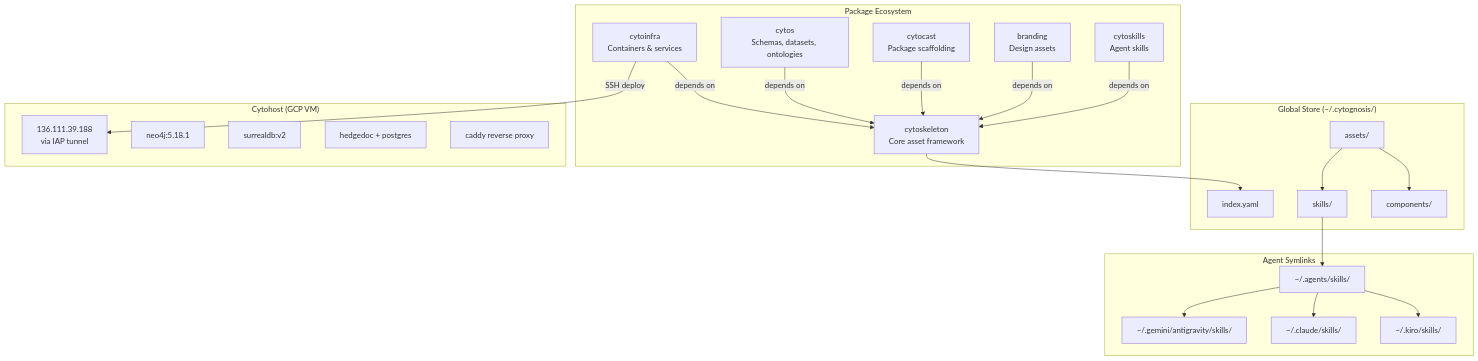
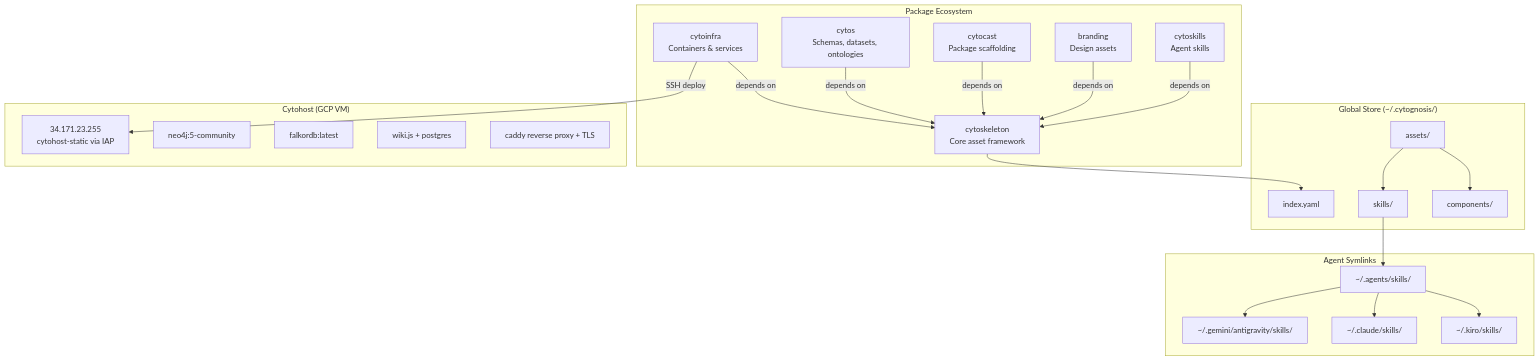
One commit to cytognosis/docs changed the first of 2 diagrams in 03-Products/Cytoverse/platform-tutorial.md. Above: the diagram before and after it, drawn with Mermaid. The commit also changed other lines of this file and 145 other files, not shown here.

````diff
--- a/03-Products/Cytoverse/platform-tutorial.md
+++ b/03-Products/Cytoverse/platform-tutorial.md
@@ -10,47 +10,47 @@
 ```mermaid
 graph TD
     subgraph "Global Store (~/.cytognosis/)"
         GI[index.yaml]
         GA[assets/]
         GA --> SK[skills/]
         GA --> CO[components/]
     end
 
     subgraph "Package Ecosystem"
         CS[cytoskeleton<br/>Core asset framework]
         CI[cytoinfra<br/>Containers & services]
         CY[cytos<br/>Schemas, datasets, ontologies]
         CC[cytocast<br/>Package scaffolding]
         BR[branding<br/>Design assets]
         CSK[cytoskills<br/>Agent skills]
     end
 
     CS --> GI
     CI -->|depends on| CS
     CY -->|depends on| CS
     CC -->|depends on| CS
     BR -->|depends on| CS
     CSK -->|depends on| CS
 
     subgraph "Agent Symlinks"
         AG[~/.agents/skills/]
         GM[~/.gemini/antigravity/skills/]
         CL[~/.claude/skills/]
         KI[~/.kiro/skills/]
     end
 
     SK --> AG
     AG --> GM
     AG --> CL
     AG --> KI
 
     subgraph "Cytohost (GCP VM)"
-        CH[136.111.39.188<br/>via IAP tunnel]
-        N4[neo4j:5.18.1]
-        SD[surrealdb:v2]
-        HD[hedgedoc + postgres]
-        CD[caddy reverse proxy]
+        CH[34.171.23.255<br/>cytohost-static via IAP]
+        N4[neo4j:5-community]
+        FK[falkordb:latest]
+        WK[wiki.js + postgres]
+        CD[caddy reverse proxy + TLS]
     end
 
     CI -->|SSH deploy| CH
 ```
````
